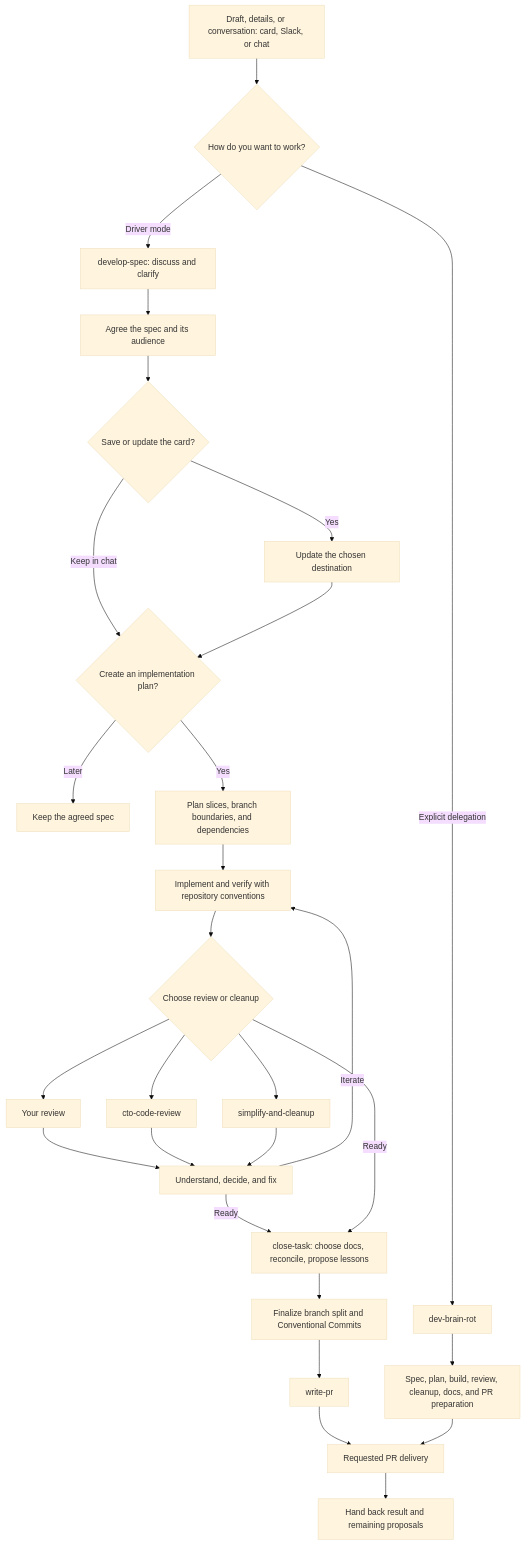
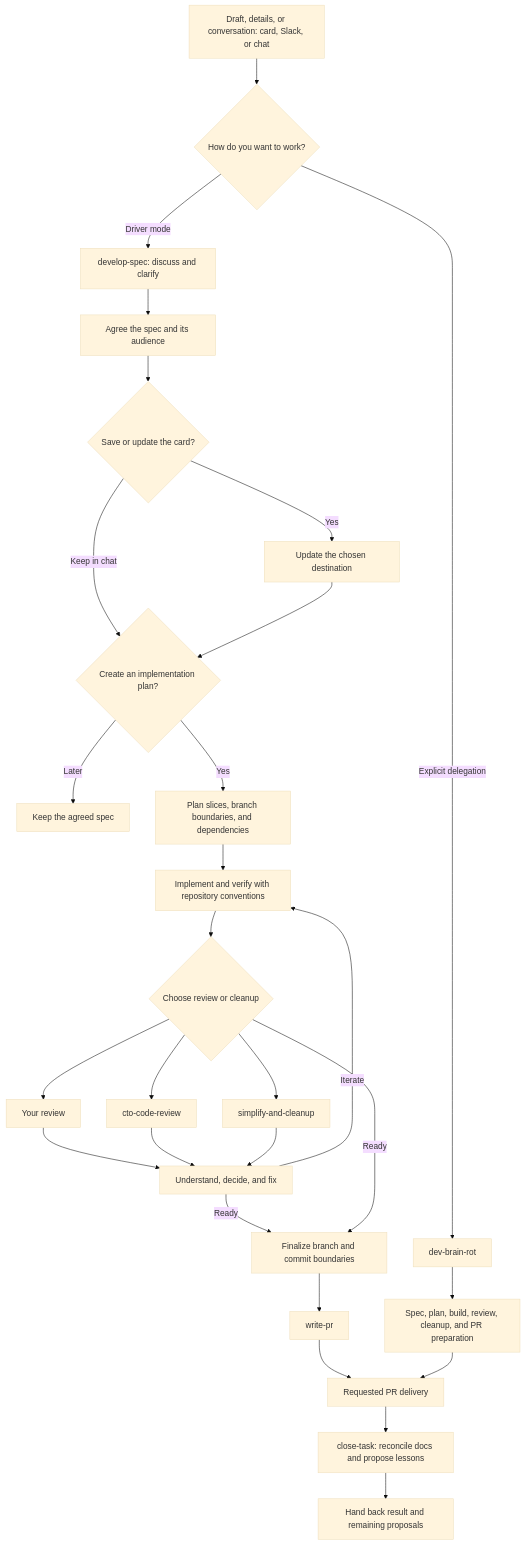
One commit to GigiLoria5/agent-skills changed the diagram in README.md. Above: the diagram before and after it, drawn with Mermaid (base theme). The commit also changed other lines of this file and 7 other files, not shown here.

````diff
--- a/README.md
+++ b/README.md
@@ -115,30 +116,30 @@
 ```mermaid
 flowchart TD
     A["Draft, details, or conversation: card, Slack, or chat"] --> B{"How do you want to work?"}
     B -->|Driver mode| C["develop-spec: discuss and clarify"]
     C --> D["Agree the spec and its audience"]
     D --> E{"Save or update the card?"}
     E -->|Yes| F["Update the chosen destination"]
     E -->|Keep in chat| G{"Create an implementation plan?"}
     F --> G
     G -->|Later| H["Keep the agreed spec"]
     G -->|Yes| I["Plan slices, branch boundaries, and dependencies"]
     I --> J["Implement and verify with repository conventions"]
     J --> K{"Choose review or cleanup"}
     K --> L["Your review"]
     K --> M["cto-code-review"]
     K --> N["simplify-and-cleanup"]
     L --> O["Understand, decide, and fix"]
     M --> O
     N --> O
     O -->|Iterate| J
-    O -->|Ready| V["close-task: choose docs, reconcile, propose lessons"]
-    K -->|Ready| V
-    V --> P["Finalize branch split and Conventional Commits"]
+    O -->|Ready| P["Finalize branch and commit boundaries"]
+    K -->|Ready| P
     P --> Q["write-pr"]
     Q --> R["Requested PR delivery"]
     B -->|Explicit delegation| S["dev-brain-rot"]
-    S --> T["Spec, plan, build, review, cleanup, docs, and PR preparation"]
+    S --> T["Spec, plan, build, review, cleanup, and PR preparation"]
     T --> R
-    R --> U["Hand back result and remaining proposals"]
+    R --> V["close-task: reconcile docs and propose lessons"]
+    V --> U["Hand back result and remaining proposals"]
 ```
````
